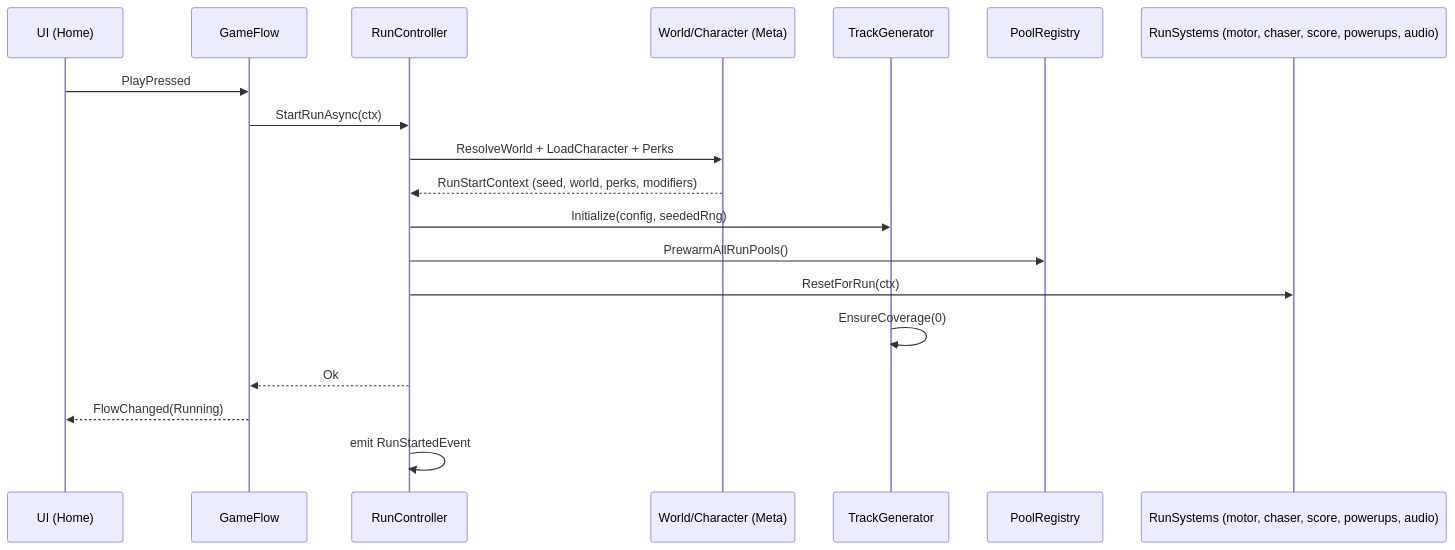
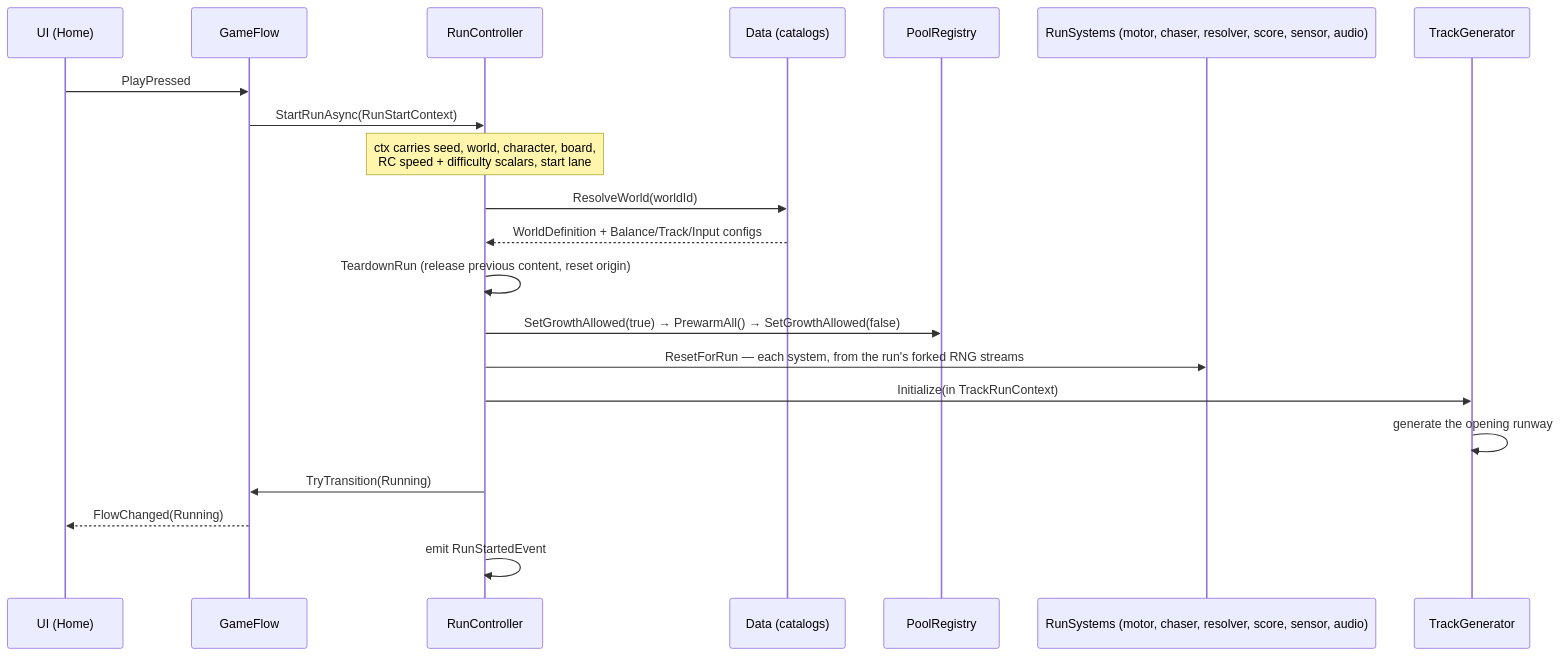
One commit to prajwalkhodake/Suffer-board-android-game changed the third of 7 diagrams in TECH_DOC.md. Above: the diagram before and after it, drawn with Mermaid. The commit also changed other lines of this file and 10 other files, not shown here.

````diff
--- a/TECH_DOC.md
+++ b/TECH_DOC.md
@@ -1145,22 +1244,24 @@
 ```mermaid
 sequenceDiagram
     participant U as UI (Home)
     participant F as GameFlow
     participant R as RunController
-    participant W as World/Character (Meta)
+    participant D as Data (catalogs)
+    participant P as PoolRegistry
+    participant S as RunSystems (motor, chaser, resolver, score, sensor, audio)
     participant G as TrackGenerator
-    participant P as PoolRegistry
-    participant S as RunSystems (motor, chaser, score, powerups, audio)
 
     U->>F: PlayPressed
-    F->>R: StartRunAsync(ctx)
-    R->>W: ResolveWorld + LoadCharacter + Perks
-    W-->>R: RunStartContext (seed, world, perks, modifiers)
-    R->>G: Initialize(config, seededRng)
-    R->>P: PrewarmAllRunPools()
-    R->>S: ResetForRun(ctx)
-    G->>G: EnsureCoverage(0)
-    R-->>F: Ok
+    F->>R: StartRunAsync(RunStartContext)
+    Note over R: ctx carries seed, world, character, board,<br/>RC speed + difficulty scalars, start lane
+    R->>D: ResolveWorld(worldId)
+    D-->>R: WorldDefinition + Balance/Track/Input configs
+    R->>R: TeardownRun (release previous content, reset origin)
+    R->>P: SetGrowthAllowed(true) → PrewarmAll() → SetGrowthAllowed(false)
+    R->>S: ResetForRun — each system, from the run's forked RNG streams
+    R->>G: Initialize(in TrackRunContext)
+    G->>G: generate the opening runway
+    R->>F: TryTransition(Running)
     F-->>U: FlowChanged(Running)
     R->>R: emit RunStartedEvent
 ```
````
